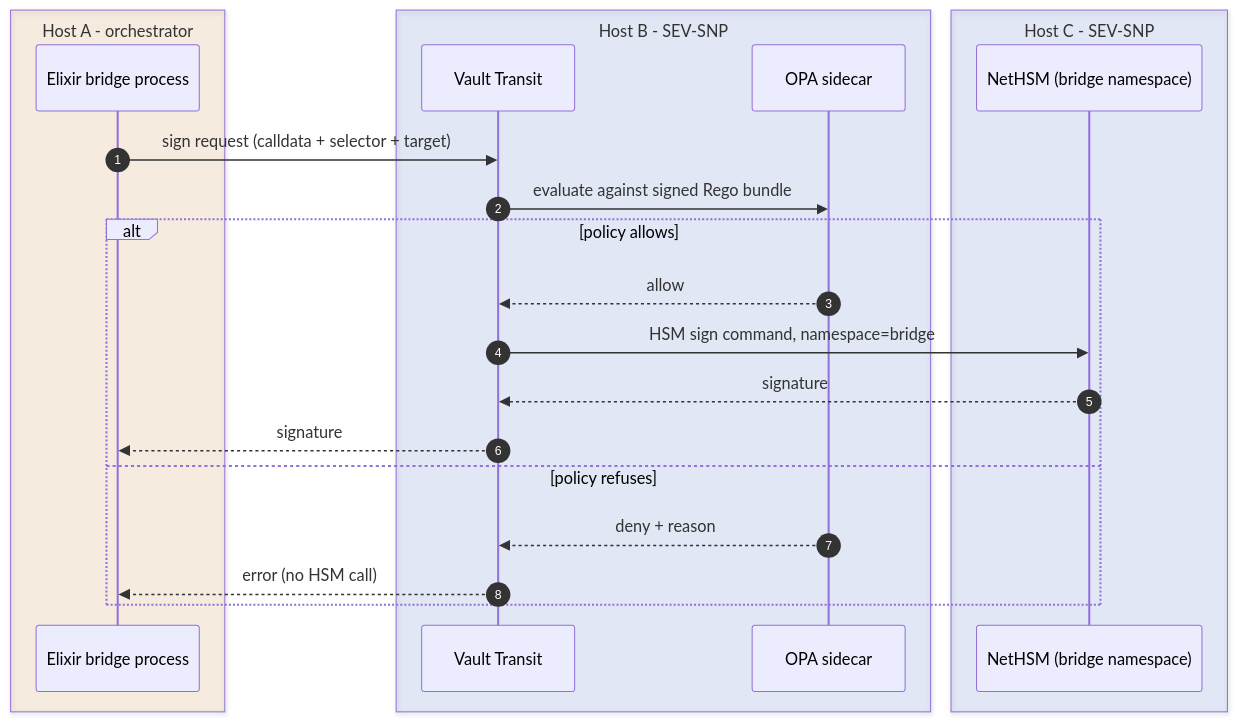
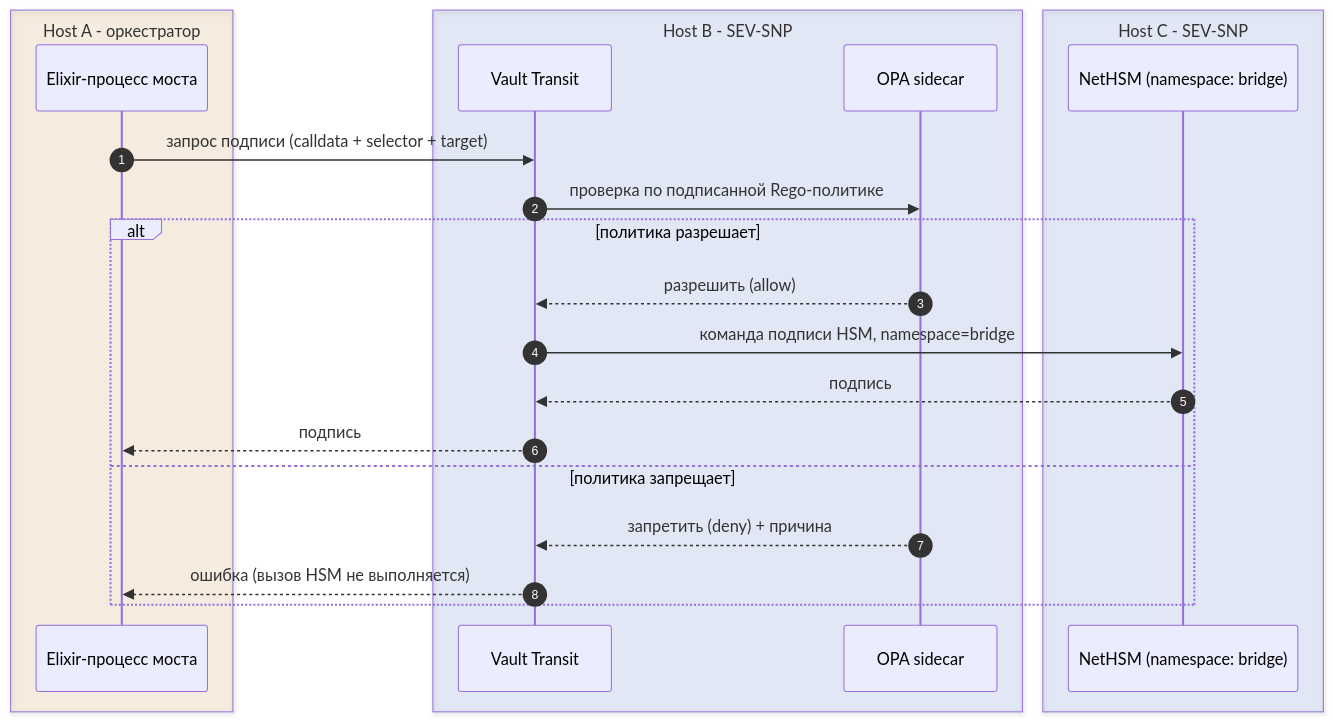
One commit to igor53627/2d-docs changed the second of 3 diagrams in src/content/docs/ru/architecture/hsm-topology.mdx. Above: the diagram before and after it, drawn with Mermaid. The commit also changed other lines of this file and 17 other files, not shown here.

````diff
--- a/src/content/docs/ru/architecture/hsm-topology.mdx
+++ b/src/content/docs/ru/architecture/hsm-topology.mdx
@@ -75,25 +75,25 @@
 ```mermaid
 sequenceDiagram
   autonumber
-  box rgba(217, 119, 6, 0.1) Host A - orchestrator
-    participant Orch as Elixir bridge process
+  box rgba(217, 119, 6, 0.1) Host A - оркестратор
+    participant Orch as Elixir-процесс моста
   end
   box rgba(29, 78, 216, 0.1) Host B - SEV-SNP
     participant Vault as Vault Transit
     participant OPA as OPA sidecar
   end
   box rgba(29, 78, 216, 0.1) Host C - SEV-SNP
-    participant HSM as NetHSM (bridge namespace)
+    participant HSM as NetHSM (namespace: bridge)
   end
-  Orch->>Vault: sign request (calldata + selector + target)
-  Vault->>OPA: evaluate against signed Rego bundle
-  alt policy allows
-    OPA-->>Vault: allow
-    Vault->>HSM: HSM sign command, namespace=bridge
-    HSM-->>Vault: signature
-    Vault-->>Orch: signature
-  else policy refuses
-    OPA-->>Vault: deny + reason
-    Vault-->>Orch: error (no HSM call)
+  Orch->>Vault: запрос подписи (calldata + selector + target)
+  Vault->>OPA: проверка по подписанной Rego-политике
+  alt политика разрешает
+    OPA-->>Vault: разрешить (allow)
+    Vault->>HSM: команда подписи HSM, namespace=bridge
+    HSM-->>Vault: подпись
+    Vault-->>Orch: подпись
+  else политика запрещает
+    OPA-->>Vault: запретить (deny) + причина
+    Vault-->>Orch: ошибка (вызов HSM не выполняется)
   end
 ```
````
